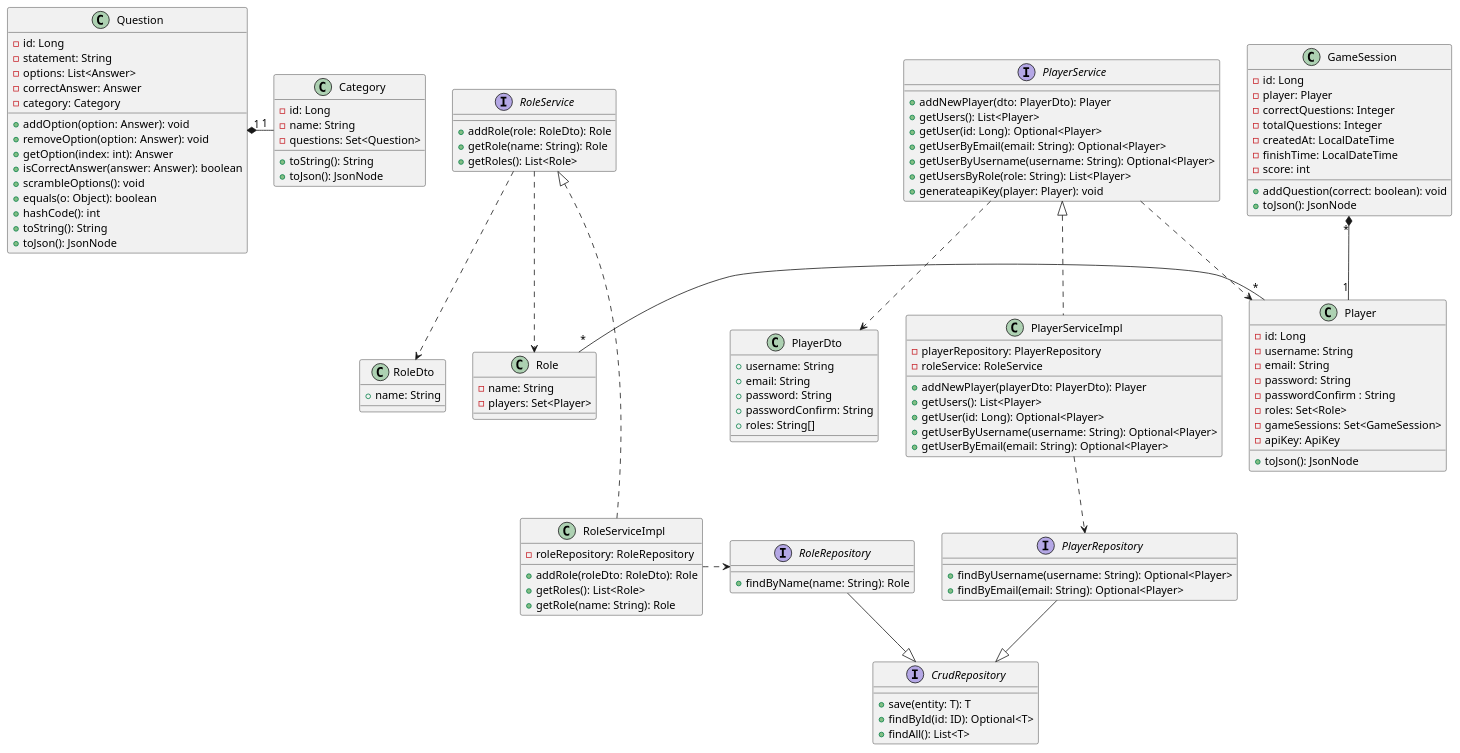
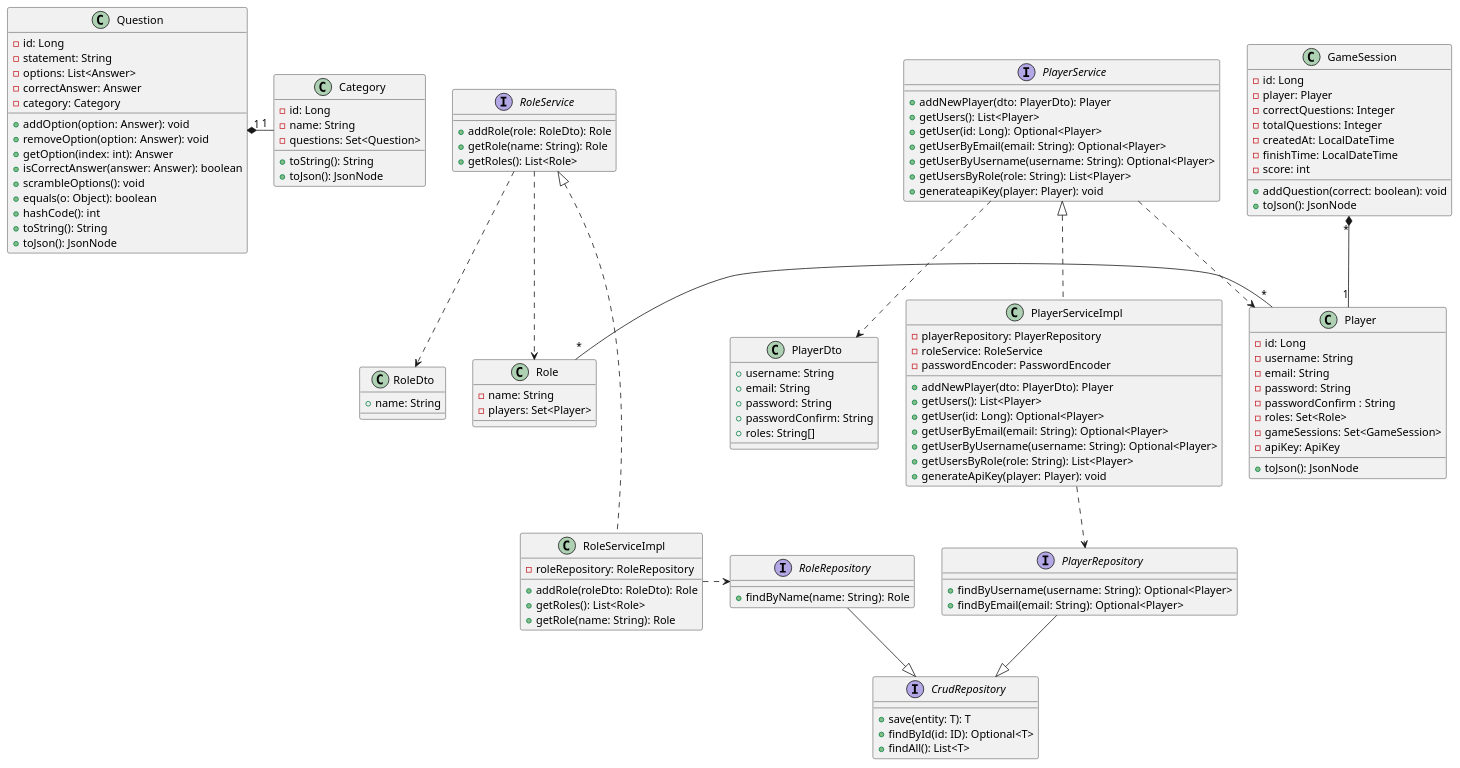
The first of 2 diagrams in docs/src/08_concepts.adoc (Arquisoft/wiq_es04b), drawn with PlantUML before and after one commit.

Commit message:
PlayerServiceImpl actualizado

```diff
--- a/docs/src/08_concepts.adoc
+++ b/docs/src/08_concepts.adoc
@@ -86,11 +86,14 @@
 class PlayerServiceImpl {
     - playerRepository: PlayerRepository
     - roleService: RoleService
-    + addNewPlayer(playerDto: PlayerDto): Player
+    - passwordEncoder: PasswordEncoder
+    + addNewPlayer(dto: PlayerDto): Player
     + getUsers(): List<Player>
     + getUser(id: Long): Optional<Player>
+    + getUserByEmail(email: String): Optional<Player>
     + getUserByUsername(username: String): Optional<Player>
-    + getUserByEmail(email: String): Optional<Player>
+    + getUsersByRole(role: String): List<Player>
+    + generateApiKey(player: Player): void
 }
 
 class RoleServiceImpl {
```
